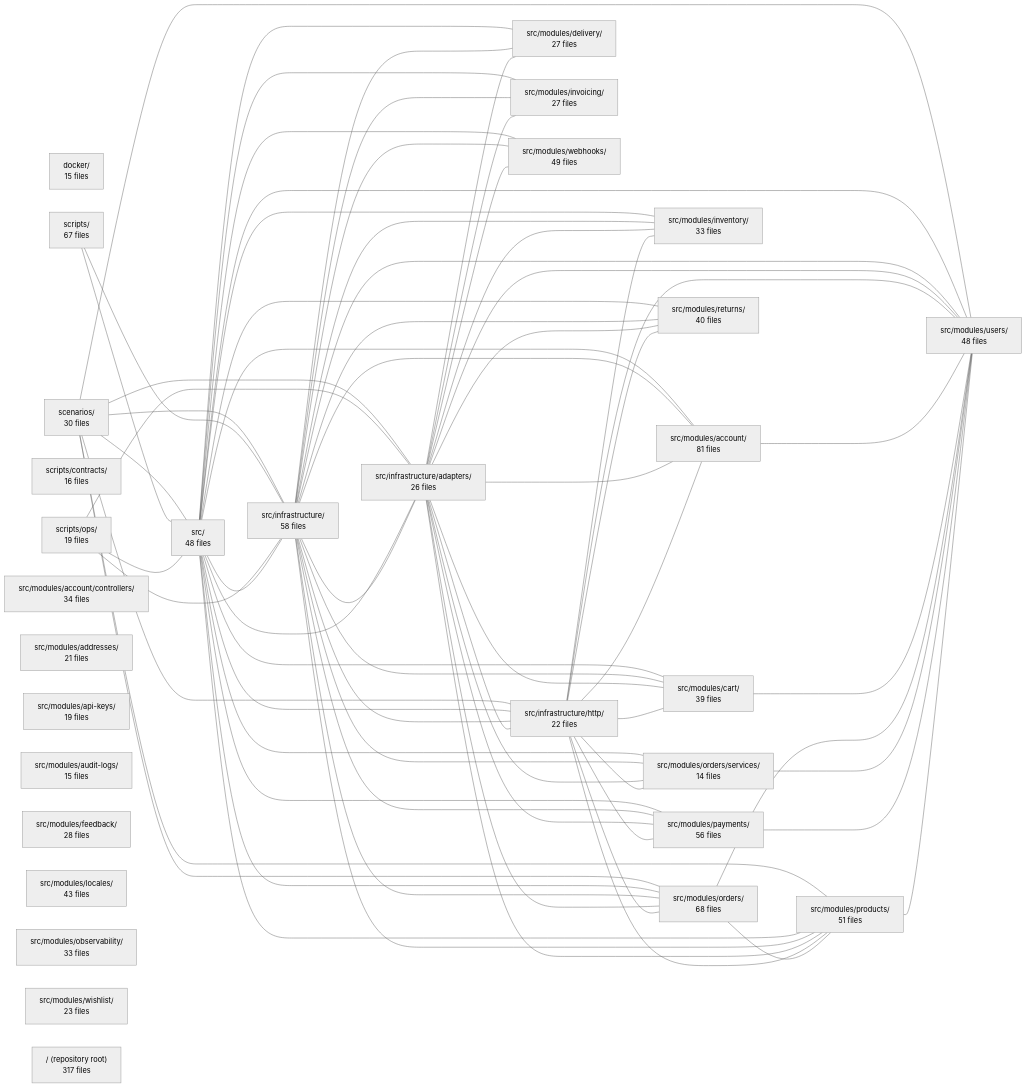
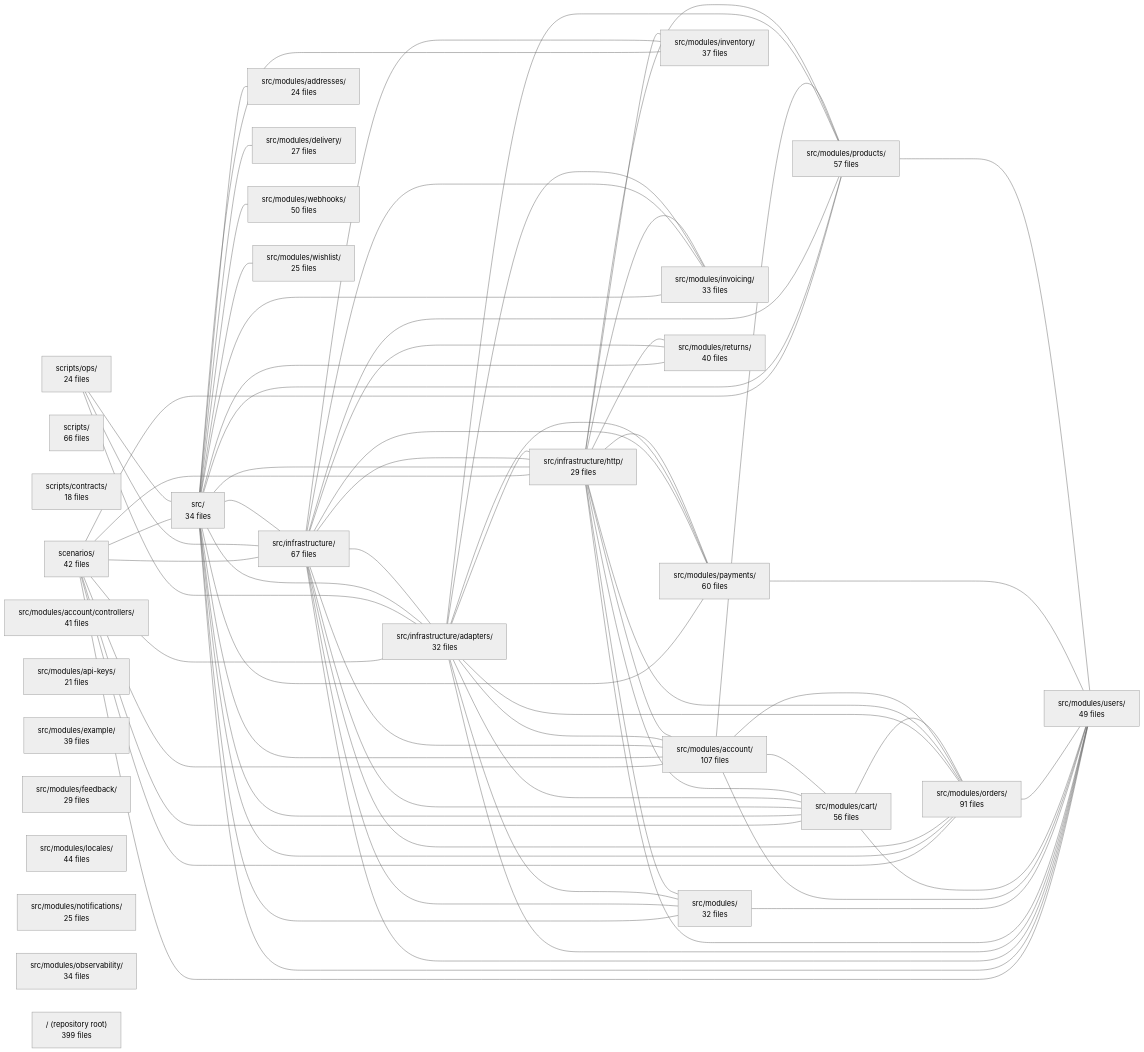
Before and after one commit to Guebbit/boilerplate-node-backend: the diagram in .2brain/modules/boilerplate-node-backend_INDEX.md, drawn with Mermaid (neutral theme). The commit also changed other lines of this file and 106 other files, not shown here.

````diff
--- a/.2brain/modules/boilerplate-node-backend_INDEX.md
+++ b/.2brain/modules/boilerplate-node-backend_INDEX.md
@@ -16,103 +16,103 @@
 ```mermaid
 flowchart LR
-    m_docker["docker/<br/>15 files"]
-    m_scenarios["scenarios/<br/>30 files"]
-    m_scripts["scripts/<br/>67 files"]
-    m_scripts_contracts["scripts/contracts/<br/>16 files"]
-    m_scripts_ops["scripts/ops/<br/>19 files"]
-    m_src["src/<br/>48 files"]
-    m_src_infrastructure["src/infrastructure/<br/>58 files"]
-    m_src_infrastructure_adapters["src/infrastructure/adapters/<br/>26 files"]
-    m_src_infrastructure_http["src/infrastructure/http/<br/>22 files"]
-    m_src_modules_account["src/modules/account/<br/>81 files"]
-    m_src_modules_account_controllers["src/modules/account/controllers/<br/>34 files"]
-    m_src_modules_addresses["src/modules/addresses/<br/>21 files"]
-    m_src_modules_api_keys["src/modules/api-keys/<br/>19 files"]
-    m_src_modules_audit_logs["src/modules/audit-logs/<br/>15 files"]
-    m_src_modules_cart["src/modules/cart/<br/>39 files"]
+    m_scenarios["scenarios/<br/>42 files"]
+    m_scripts["scripts/<br/>66 files"]
+    m_scripts_contracts["scripts/contracts/<br/>18 files"]
+    m_scripts_ops["scripts/ops/<br/>24 files"]
+    m_src["src/<br/>34 files"]
+    m_src_infrastructure["src/infrastructure/<br/>67 files"]
+    m_src_infrastructure_adapters["src/infrastructure/adapters/<br/>32 files"]
+    m_src_infrastructure_http["src/infrastructure/http/<br/>29 files"]
+    m_src_modules["src/modules/<br/>32 files"]
+    m_src_modules_account["src/modules/account/<br/>107 files"]
+    m_src_modules_account_controllers["src/modules/account/controllers/<br/>41 files"]
+    m_src_modules_addresses["src/modules/addresses/<br/>24 files"]
+    m_src_modules_api_keys["src/modules/api-keys/<br/>21 files"]
+    m_src_modules_cart["src/modules/cart/<br/>56 files"]
     m_src_modules_delivery["src/modules/delivery/<br/>27 files"]
-    m_src_modules_feedback["src/modules/feedback/<br/>28 files"]
-    m_src_modules_inventory["src/modules/inventory/<br/>33 files"]
-    m_src_modules_invoicing["src/modules/invoicing/<br/>27 files"]
-    m_src_modules_locales["src/modules/locales/<br/>43 files"]
-    m_src_modules_observability["src/modules/observability/<br/>33 files"]
-    m_src_modules_orders["src/modules/orders/<br/>68 files"]
-    m_src_modules_orders_services["src/modules/orders/services/<br/>14 files"]
-    m_src_modules_payments["src/modules/payments/<br/>56 files"]
-    m_src_modules_products["src/modules/products/<br/>51 files"]
+    m_src_modules_example["src/modules/example/<br/>39 files"]
+    m_src_modules_feedback["src/modules/feedback/<br/>29 files"]
+    m_src_modules_inventory["src/modules/inventory/<br/>37 files"]
+    m_src_modules_invoicing["src/modules/invoicing/<br/>33 files"]
+    m_src_modules_locales["src/modules/locales/<br/>44 files"]
+    m_src_modules_notifications["src/modules/notifications/<br/>25 files"]
+    m_src_modules_observability["src/modules/observability/<br/>34 files"]
+    m_src_modules_orders["src/modules/orders/<br/>91 files"]
+    m_src_modules_payments["src/modules/payments/<br/>60 files"]
+    m_src_modules_products["src/modules/products/<br/>57 files"]
     m_src_modules_returns["src/modules/returns/<br/>40 files"]
-    m_src_modules_users["src/modules/users/<br/>48 files"]
-    m_src_modules_webhooks["src/modules/webhooks/<br/>49 files"]
-    m_src_modules_wishlist["src/modules/wishlist/<br/>23 files"]
-    m_root["/ (repository root)<br/>317 files"]
+    m_src_modules_users["src/modules/users/<br/>49 files"]
+    m_src_modules_webhooks["src/modules/webhooks/<br/>50 files"]
+    m_src_modules_wishlist["src/modules/wishlist/<br/>25 files"]
+    m_root["/ (repository root)<br/>399 files"]
     m_scenarios --- m_src
     m_scenarios --- m_src_infrastructure
     m_scenarios --- m_src_infrastructure_adapters
     m_scenarios --- m_src_infrastructure_http
+    m_scenarios --- m_src_modules_account
+    m_scenarios --- m_src_modules_cart
     m_scenarios --- m_src_modules_orders
     m_scenarios --- m_src_modules_products
     m_scenarios --- m_src_modules_users
-    m_scripts --- m_src
-    m_scripts --- m_src_infrastructure
     m_scripts_ops --- m_src
     m_scripts_ops --- m_src_infrastructure
     m_scripts_ops --- m_src_infrastructure_adapters
     m_src --- m_src_infrastructure
     m_src --- m_src_infrastructure_adapters
     m_src --- m_src_infrastructure_http
+    m_src --- m_src_modules
     m_src --- m_src_modules_account
+    m_src --- m_src_modules_addresses
     m_src --- m_src_modules_cart
     m_src --- m_src_modules_delivery
     m_src --- m_src_modules_inventory
     m_src --- m_src_modules_invoicing
     m_src --- m_src_modules_orders
-    m_src --- m_src_modules_orders_services
     m_src --- m_src_modules_payments
     m_src --- m_src_modules_products
     m_src --- m_src_modules_returns
     m_src --- m_src_modules_users
     m_src --- m_src_modules_webhooks
+    m_src --- m_src_modules_wishlist
     m_src_infrastructure --- m_src_infrastructure_adapters
     m_src_infrastructure --- m_src_infrastructure_http
+    m_src_infrastructure --- m_src_modules
     m_src_infrastructure --- m_src_modules_account
     m_src_infrastructure --- m_src_modules_cart
-    m_src_infrastructure --- m_src_modules_delivery
     m_src_infrastructure --- m_src_modules_inventory
     m_src_infrastructure --- m_src_modules_invoicing
     m_src_infrastructure --- m_src_modules_orders
-    m_src_infrastructure --- m_src_modules_orders_services
     m_src_infrastructure --- m_src_modules_payments
     m_src_infrastructure --- m_src_modules_products
     m_src_infrastructure --- m_src_modules_returns
     m_src_infrastructure --- m_src_modules_users
-    m_src_infrastructure --- m_src_modules_webhooks
     m_src_infrastructure_adapters --- m_src_infrastructure_http
+    m_src_infrastructure_adapters --- m_src_modules
     m_src_infrastructure_adapters --- m_src_modules_account
     m_src_infrastructure_adapters --- m_src_modules_cart
-    m_src_infrastructure_adapters --- m_src_modules_delivery
-    m_src_infrastructure_adapters --- m_src_modules_inventory
     m_src_infrastructure_adapters --- m_src_modules_invoicing
     m_src_infrastructure_adapters --- m_src_modules_orders
-    m_src_infrastructure_adapters --- m_src_modules_orders_services
     m_src_infrastructure_adapters --- m_src_modules_payments
     m_src_infrastructure_adapters --- m_src_modules_products
-    m_src_infrastructure_adapters --- m_src_modules_returns
     m_src_infrastructure_adapters --- m_src_modules_users
-    m_src_infrastructure_adapters --- m_src_modules_webhooks
+    m_src_infrastructure_http --- m_src_modules
     m_src_infrastructure_http --- m_src_modules_account
     m_src_infrastructure_http --- m_src_modules_cart
     m_src_infrastructure_http --- m_src_modules_inventory
+    m_src_infrastructure_http --- m_src_modules_invoicing
     m_src_infrastructure_http --- m_src_modules_orders
-    m_src_infrastructure_http --- m_src_modules_orders_services
     m_src_infrastructure_http --- m_src_modules_payments
     m_src_infrastructure_http --- m_src_modules_products
     m_src_infrastructure_http --- m_src_modules_returns
     m_src_infrastructure_http --- m_src_modules_users
+    m_src_modules --- m_src_modules_users
+    m_src_modules_account --- m_src_modules_cart
+    m_src_modules_account --- m_src_modules_orders
+    m_src_modules_account --- m_src_modules_products
     m_src_modules_account --- m_src_modules_users
+    m_src_modules_cart --- m_src_modules_orders
     m_src_modules_cart --- m_src_modules_users
-    m_src_modules_orders --- m_src_modules_products
     m_src_modules_orders --- m_src_modules_users
-    m_src_modules_orders_services --- m_src_modules_users
     m_src_modules_payments --- m_src_modules_users
     m_src_modules_products --- m_src_modules_users
 ```
````
